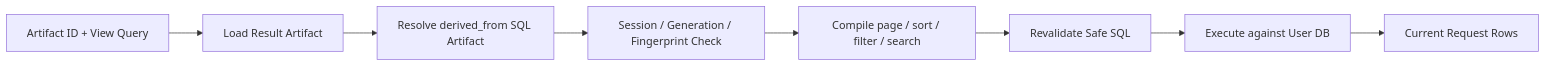
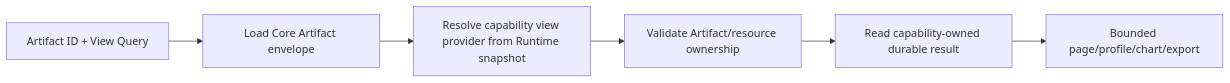
The fifth of 8 diagrams in docs/architecture/backend.md (trrueee/DBFox), drawn with Mermaid before and after one commit. The commit also changed other lines of this file and 247 other files, not shown here.

Commit message:
refactor: enforce agent core and capability DLC boundary (#86)

````diff
--- a/docs/architecture/backend.md
+++ b/docs/architecture/backend.md
@@ -142,10 +142,8 @@
 ```mermaid
 flowchart LR
-  REQUEST["Artifact ID + View Query"] --> LOAD["Load Result Artifact"]
-  LOAD --> REL["Resolve derived_from SQL Artifact"]
-  REL --> CHECK["Session / Generation / Fingerprint Check"]
-  CHECK --> COMPILE["Compile page / sort / filter / search"]
-  COMPILE --> SAFETY["Revalidate Safe SQL"]
-  SAFETY --> EXEC["Execute against User DB"]
-  EXEC --> RESPONSE["Current Request Rows"]
+  REQUEST["Artifact ID + View Query"] --> LOAD["Load Core Artifact envelope"]
+  LOAD --> PROVIDER["Resolve capability view provider from Runtime snapshot"]
+  PROVIDER --> CHECK["Validate Artifact/resource ownership"]
+  CHECK --> READ["Read capability-owned durable result"]
+  READ --> RESPONSE["Bounded page/profile/chart/export"]
 ```
````
